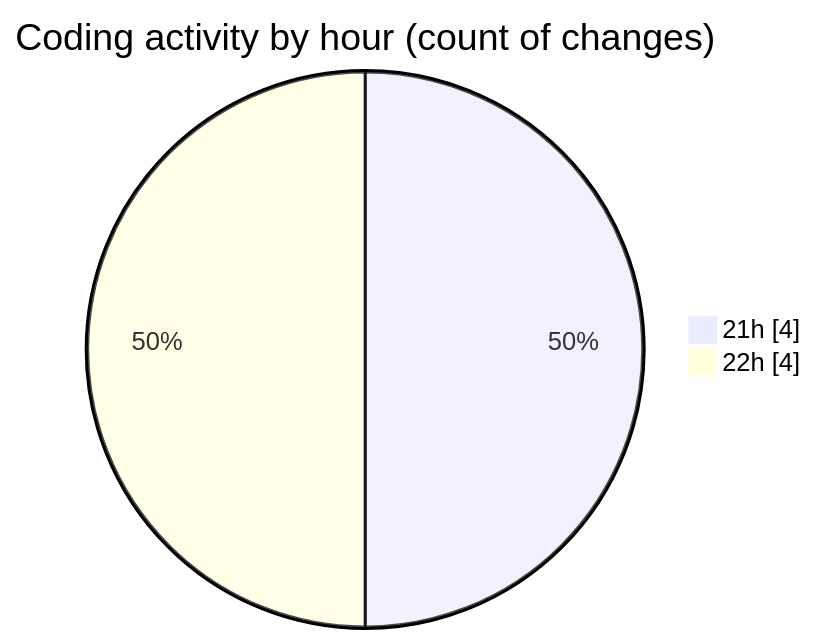
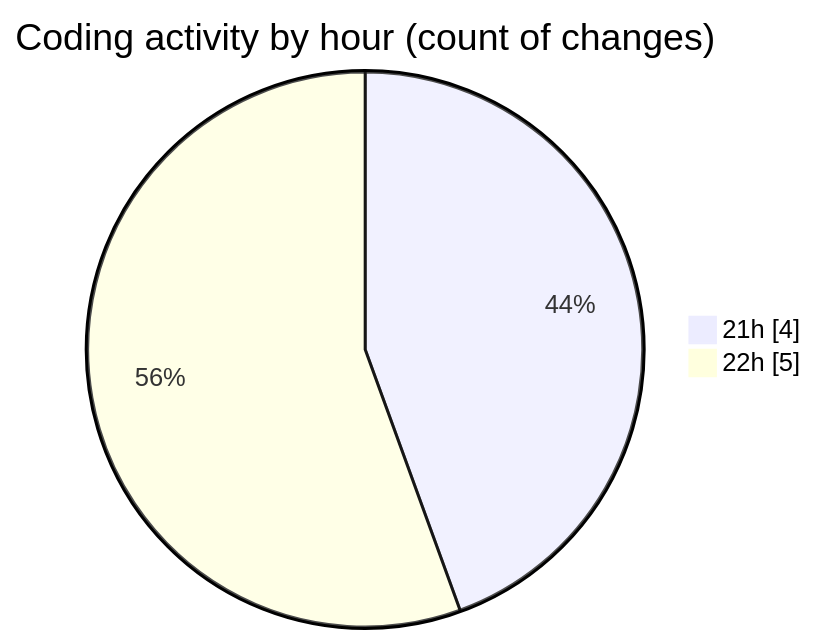
One commit to idhammustaqopulfikri/code-tracking changed the second of 2 diagrams in 2025-06-17/studio-backend/README.md. Above: the diagram before and after it, drawn with Mermaid. The commit also changed other lines of this file and 1 other file, not shown here.

````diff
--- a/2025-06-17/studio-backend/README.md
+++ b/2025-06-17/studio-backend/README.md
@@ -30,6 +30,6 @@
 ```mermaid
 pie showData
 title Coding activity by hour (count of changes)
 "21h" : 4
-"22h" : 4
+"22h" : 5
 ```
````
